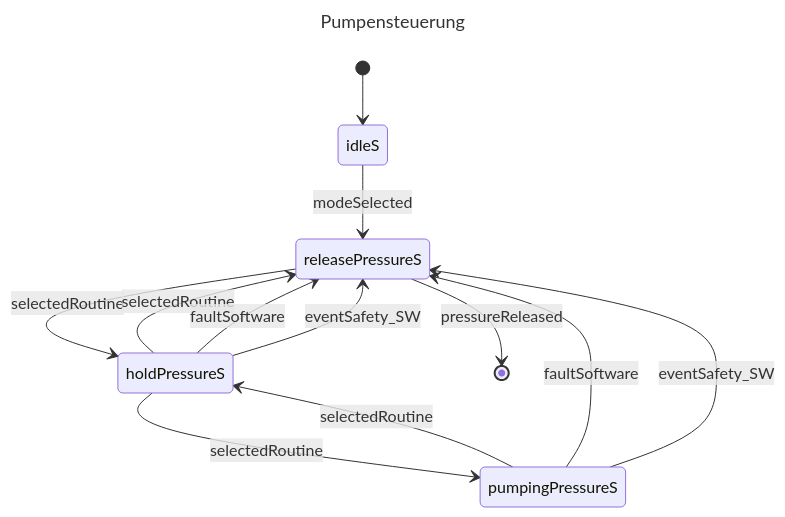
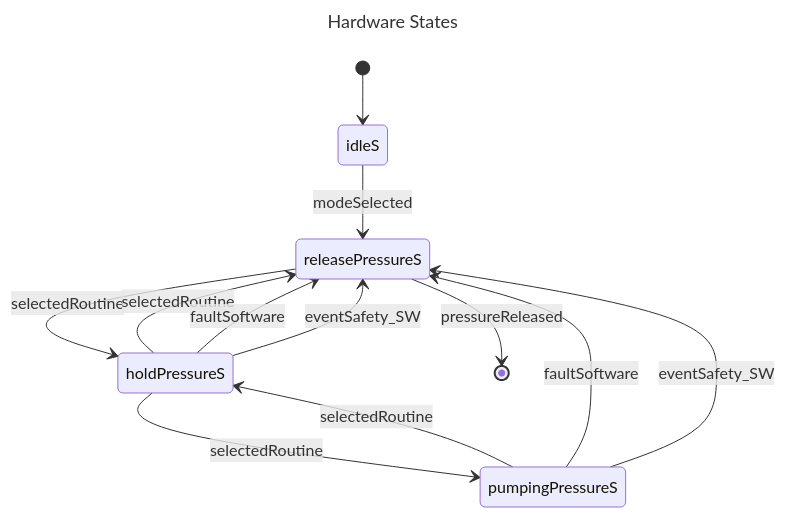
Before and after one commit to der-Anz/pressure-controller: the first of 2 diagrams in doc/statediagram.md, drawn with Mermaid. The commit also changed other lines of this file, not shown here.

Commit message:
Update statediagramm

````diff
--- a/doc/statediagram.md
+++ b/doc/statediagram.md
@@ -3,23 +3,23 @@
 ```mermaid
 ---
-title: Pumpensteuerung
+title: Hardware States
 ---
 stateDiagram-v2
 
 [*] --> idleS
 idleS --> releasePressureS :modeSelected 
 
 
 releasePressureS --> holdPressureS:selectedRoutine                  
 
 %%releasePressureS --> pumpingPressureS :selectedRoutine
 
 pumpingPressureS --> holdPressureS:selectedRoutine
 pumpingPressureS --> releasePressureS :faultSoftware
 pumpingPressureS --> releasePressureS :eventSafety_SW
 holdPressureS --> pumpingPressureS :selectedRoutine
 holdPressureS --> releasePressureS :selectedRoutine
 holdPressureS --> releasePressureS :faultSoftware
 holdPressureS --> releasePressureS :eventSafety_SW
   releasePressureS --> [*]:pressureReleased
 ```
````
